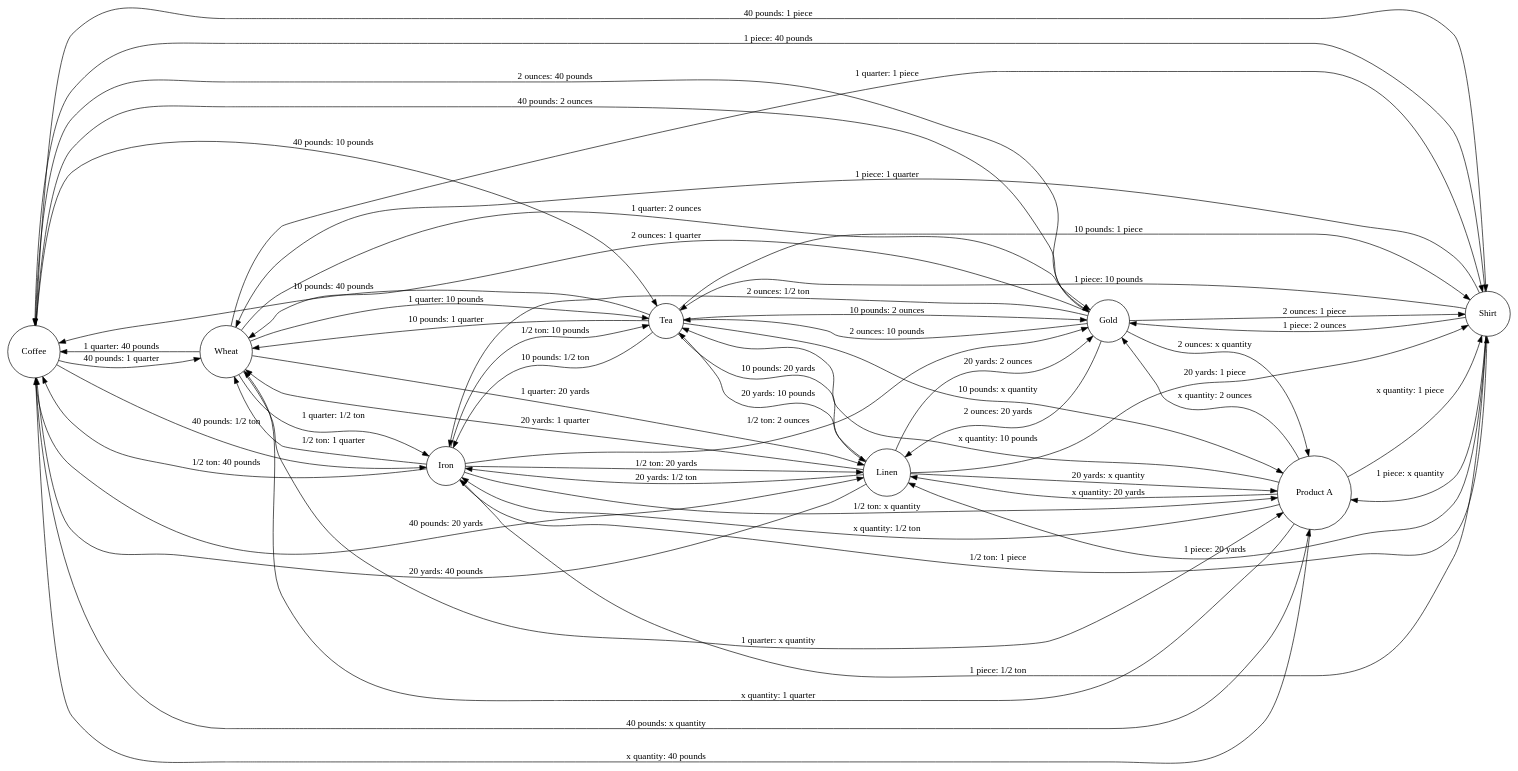
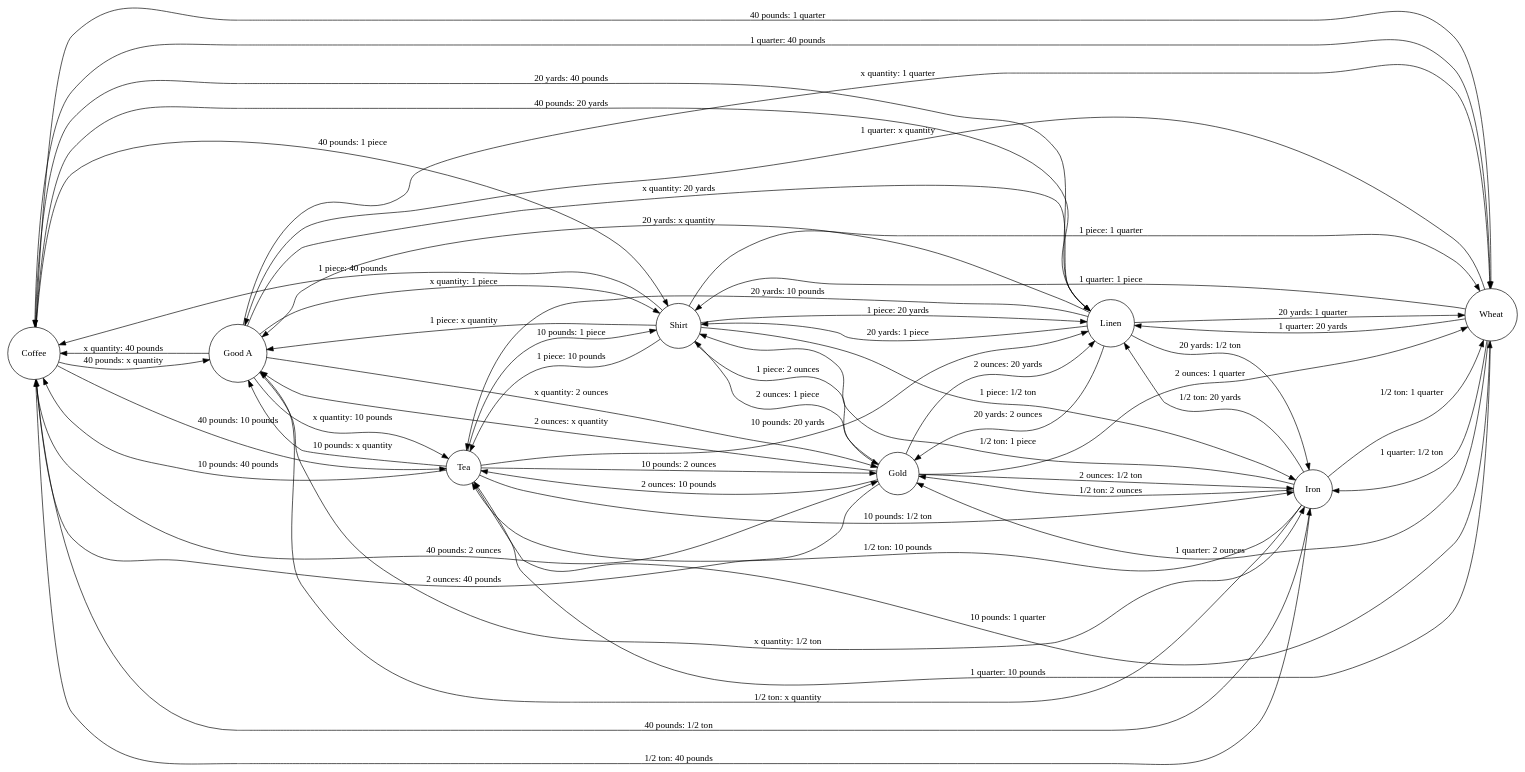
Before and after one commit to Wangsutan/Kapital: the diagram in 资本的生产过程/价值形式理论/价值形式/datas_graphs_generated/general.toml_complete.dot, drawn with Graphviz. The commit also changed 360 other files, not shown here.

```diff
--- a/资本的生产过程/价值形式理论/价值形式/datas_graphs_generated/general.toml_complete.dot
+++ b/资本的生产过程/价值形式理论/价值形式/datas_graphs_generated/general.toml_complete.dot
@@ -1,60 +1,60 @@
 digraph 价值形式理论 {
     rankdir=LR;
     node [shape=circle];
+    "Coffee" -> "Good A" [label="40 pounds: x quantity"];
     "Coffee" -> "Wheat" [label="40 pounds: 1 quarter"];
+    "Coffee" -> "Iron" [label="40 pounds: 1/2 ton"];
+    "Coffee" -> "Linen" [label="40 pounds: 20 yards"];
+    "Coffee" -> "Gold" [label="40 pounds: 2 ounces"];
     "Coffee" -> "Shirt" [label="40 pounds: 1 piece"];
-    "Coffee" -> "Product A" [label="40 pounds: x quantity"];
-    "Coffee" -> "Gold" [label="40 pounds: 2 ounces"];
-    "Coffee" -> "Linen" [label="40 pounds: 20 yards"];
     "Coffee" -> "Tea" [label="40 pounds: 10 pounds"];
-    "Coffee" -> "Iron" [label="40 pounds: 1/2 ton"];
+    "Gold" -> "Good A" [label="2 ounces: x quantity"];
     "Gold" -> "Wheat" [label="2 ounces: 1 quarter"];
+    "Gold" -> "Iron" [label="2 ounces: 1/2 ton"];
+    "Gold" -> "Linen" [label="2 ounces: 20 yards"];
     "Gold" -> "Shirt" [label="2 ounces: 1 piece"];
-    "Gold" -> "Product A" [label="2 ounces: x quantity"];
     "Gold" -> "Coffee" [label="2 ounces: 40 pounds"];
-    "Gold" -> "Linen" [label="2 ounces: 20 yards"];
     "Gold" -> "Tea" [label="2 ounces: 10 pounds"];
-    "Gold" -> "Iron" [label="2 ounces: 1/2 ton"];
+    "Good A" -> "Wheat" [label="x quantity: 1 quarter"];
+    "Good A" -> "Iron" [label="x quantity: 1/2 ton"];
+    "Good A" -> "Linen" [label="x quantity: 20 yards"];
+    "Good A" -> "Gold" [label="x quantity: 2 ounces"];
+    "Good A" -> "Shirt" [label="x quantity: 1 piece"];
+    "Good A" -> "Coffee" [label="x quantity: 40 pounds"];
+    "Good A" -> "Tea" [label="x quantity: 10 pounds"];
+    "Iron" -> "Good A" [label="1/2 ton: x quantity"];
     "Iron" -> "Wheat" [label="1/2 ton: 1 quarter"];
+    "Iron" -> "Linen" [label="1/2 ton: 20 yards"];
+    "Iron" -> "Gold" [label="1/2 ton: 2 ounces"];
     "Iron" -> "Shirt" [label="1/2 ton: 1 piece"];
-    "Iron" -> "Product A" [label="1/2 ton: x quantity"];
     "Iron" -> "Coffee" [label="1/2 ton: 40 pounds"];
-    "Iron" -> "Gold" [label="1/2 ton: 2 ounces"];
-    "Iron" -> "Linen" [label="1/2 ton: 20 yards"];
     "Iron" -> "Tea" [label="1/2 ton: 10 pounds"];
+    "Linen" -> "Good A" [label="20 yards: x quantity"];
     "Linen" -> "Wheat" [label="20 yards: 1 quarter"];
+    "Linen" -> "Iron" [label="20 yards: 1/2 ton"];
+    "Linen" -> "Gold" [label="20 yards: 2 ounces"];
     "Linen" -> "Shirt" [label="20 yards: 1 piece"];
-    "Linen" -> "Product A" [label="20 yards: x quantity"];
     "Linen" -> "Coffee" [label="20 yards: 40 pounds"];
-    "Linen" -> "Gold" [label="20 yards: 2 ounces"];
     "Linen" -> "Tea" [label="20 yards: 10 pounds"];
-    "Linen" -> "Iron" [label="20 yards: 1/2 ton"];
-    "Product A" -> "Wheat" [label="x quantity: 1 quarter"];
-    "Product A" -> "Shirt" [label="x quantity: 1 piece"];
-    "Product A" -> "Coffee" [label="x quantity: 40 pounds"];
-    "Product A" -> "Gold" [label="x quantity: 2 ounces"];
-    "Product A" -> "Linen" [label="x quantity: 20 yards"];
-    "Product A" -> "Tea" [label="x quantity: 10 pounds"];
-    "Product A" -> "Iron" [label="x quantity: 1/2 ton"];
+    "Shirt" -> "Good A" [label="1 piece: x quantity"];
     "Shirt" -> "Wheat" [label="1 piece: 1 quarter"];
-    "Shirt" -> "Product A" [label="1 piece: x quantity"];
+    "Shirt" -> "Iron" [label="1 piece: 1/2 ton"];
+    "Shirt" -> "Linen" [label="1 piece: 20 yards"];
+    "Shirt" -> "Gold" [label="1 piece: 2 ounces"];
     "Shirt" -> "Coffee" [label="1 piece: 40 pounds"];
-    "Shirt" -> "Gold" [label="1 piece: 2 ounces"];
-    "Shirt" -> "Linen" [label="1 piece: 20 yards"];
     "Shirt" -> "Tea" [label="1 piece: 10 pounds"];
-    "Shirt" -> "Iron" [label="1 piece: 1/2 ton"];
+    "Tea" -> "Good A" [label="10 pounds: x quantity"];
     "Tea" -> "Wheat" [label="10 pounds: 1 quarter"];
+    "Tea" -> "Iron" [label="10 pounds: 1/2 ton"];
+    "Tea" -> "Linen" [label="10 pounds: 20 yards"];
+    "Tea" -> "Gold" [label="10 pounds: 2 ounces"];
     "Tea" -> "Shirt" [label="10 pounds: 1 piece"];
-    "Tea" -> "Product A" [label="10 pounds: x quantity"];
     "Tea" -> "Coffee" [label="10 pounds: 40 pounds"];
-    "Tea" -> "Gold" [label="10 pounds: 2 ounces"];
-    "Tea" -> "Linen" [label="10 pounds: 20 yards"];
-    "Tea" -> "Iron" [label="10 pounds: 1/2 ton"];
+    "Wheat" -> "Good A" [label="1 quarter: x quantity"];
+    "Wheat" -> "Iron" [label="1 quarter: 1/2 ton"];
+    "Wheat" -> "Linen" [label="1 quarter: 20 yards"];
+    "Wheat" -> "Gold" [label="1 quarter: 2 ounces"];
     "Wheat" -> "Shirt" [label="1 quarter: 1 piece"];
-    "Wheat" -> "Product A" [label="1 quarter: x quantity"];
     "Wheat" -> "Coffee" [label="1 quarter: 40 pounds"];
-    "Wheat" -> "Gold" [label="1 quarter: 2 ounces"];
-    "Wheat" -> "Linen" [label="1 quarter: 20 yards"];
     "Wheat" -> "Tea" [label="1 quarter: 10 pounds"];
-    "Wheat" -> "Iron" [label="1 quarter: 1/2 ton"];
 }
```
